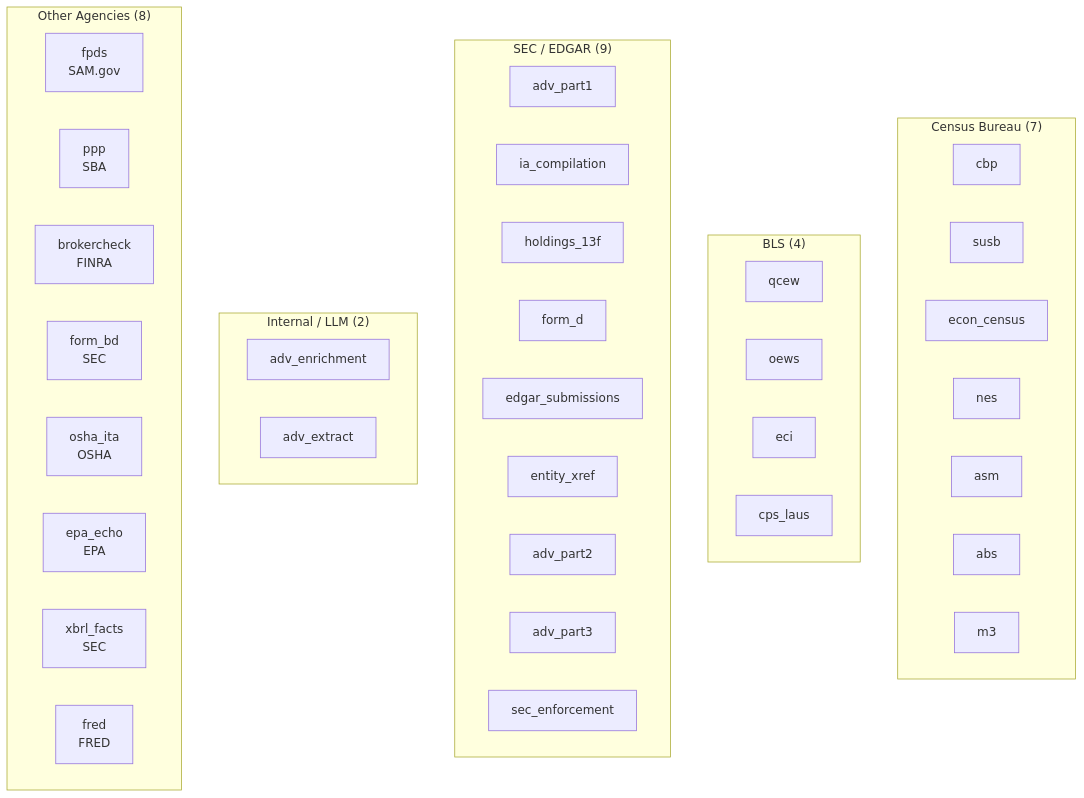
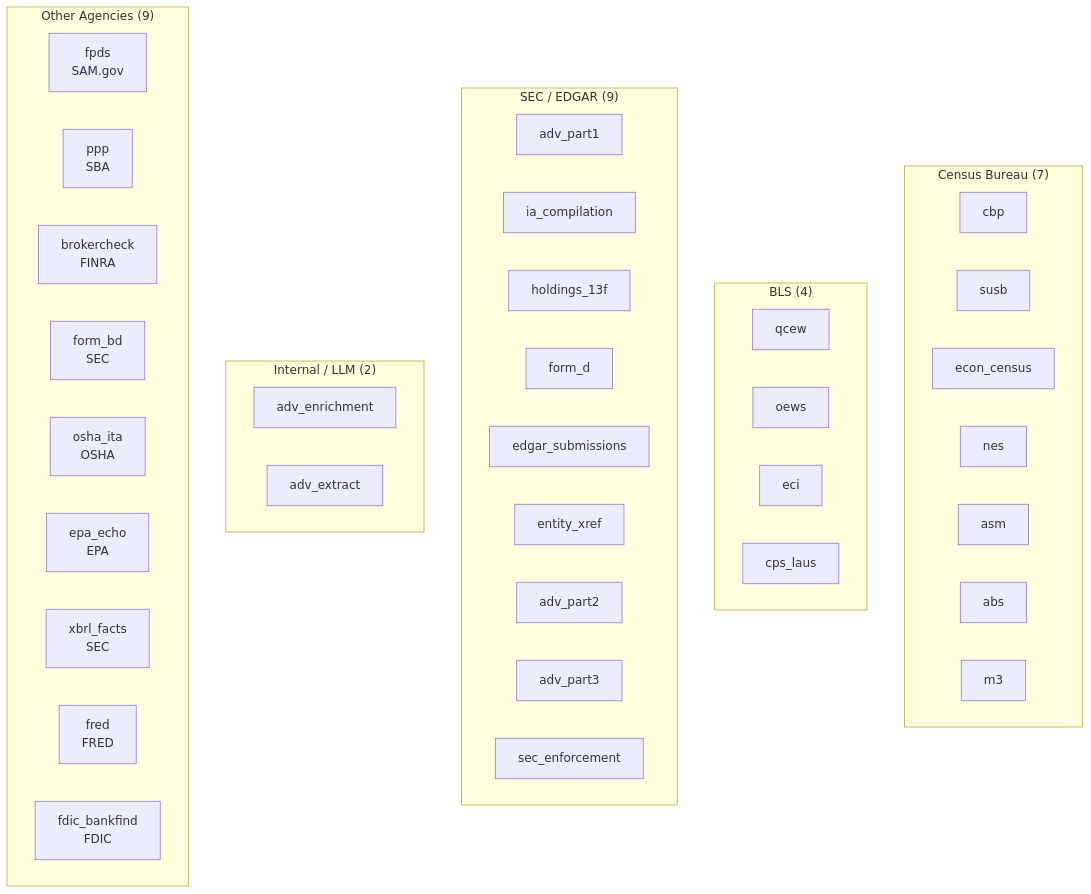
One commit to sells-group/research-cli changed the third of 3 diagrams in docs/fedsync-catalog.md. Above: the diagram before and after it, drawn with Mermaid. The commit also changed other lines of this file and 1 other file, not shown here.

First line of the commit message:
Add geo backfill-fdic command and update catalog (SELDEV-739)

````diff
--- a/docs/fedsync-catalog.md
+++ b/docs/fedsync-catalog.md
@@ -123,32 +125,33 @@
 ```mermaid
 graph TB
     subgraph "Census Bureau (7)"
         C1[cbp] & C2[susb] & C3[econ_census]
         C4[nes] & C5[asm] & C6[abs] & C7[m3]
     end
 
     subgraph "BLS (4)"
         B1[qcew] & B2[oews] & B3[eci] & B4[cps_laus]
     end
 
     subgraph "SEC / EDGAR (9)"
         S1[adv_part1] & S2[ia_compilation] & S3[holdings_13f]
         S4[form_d] & S5[edgar_submissions] & S6[entity_xref]
         S7[adv_part2] & S8[adv_part3] & S9[sec_enforcement]
     end
 
     subgraph "Internal / LLM (2)"
         I1[adv_enrichment] & I2[adv_extract]
     end
 
-    subgraph "Other Agencies (8)"
+    subgraph "Other Agencies (9)"
         O1[fpds<br/>SAM.gov]
         O2[ppp<br/>SBA]
         O3[brokercheck<br/>FINRA]
         O4[form_bd<br/>SEC]
         O5[osha_ita<br/>OSHA]
         O6[epa_echo<br/>EPA]
         O7[xbrl_facts<br/>SEC]
         O8[fred<br/>FRED]
+        O9[fdic_bankfind<br/>FDIC]
     end
 ```
````
